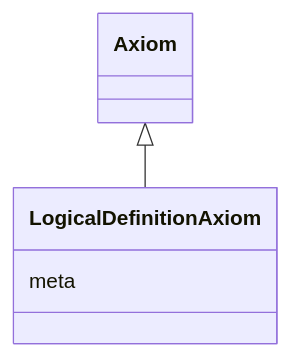
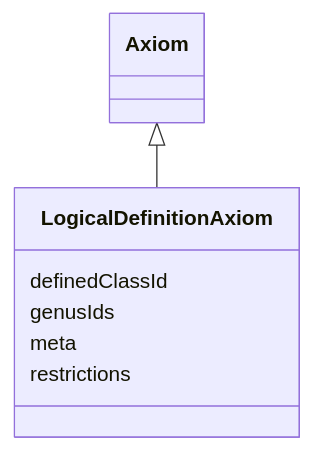
One commit to INCATools/ontology-access-kit changed the diagram in docs/datamodels/obograph/LogicalDefinitionAxiom.md. Above: the diagram before and after it, drawn with Mermaid. The commit also changed other lines of this file and 45 other files, not shown here.

First line of the commit message:
Added allValuesFromEdges to OBO Graph data model.

````diff
--- a/docs/datamodels/obograph/LogicalDefinitionAxiom.md
+++ b/docs/datamodels/obograph/LogicalDefinitionAxiom.md
@@ -11,8 +10,11 @@
 ```{mermaid}
  classDiagram
+    class LogicalDefinitionAxiom
       Axiom <|-- LogicalDefinitionAxiom
       
+      LogicalDefinitionAxiom : definedClassId
+      LogicalDefinitionAxiom : genusIds
       LogicalDefinitionAxiom : meta
+      LogicalDefinitionAxiom : restrictions
       
-
 ```
````
